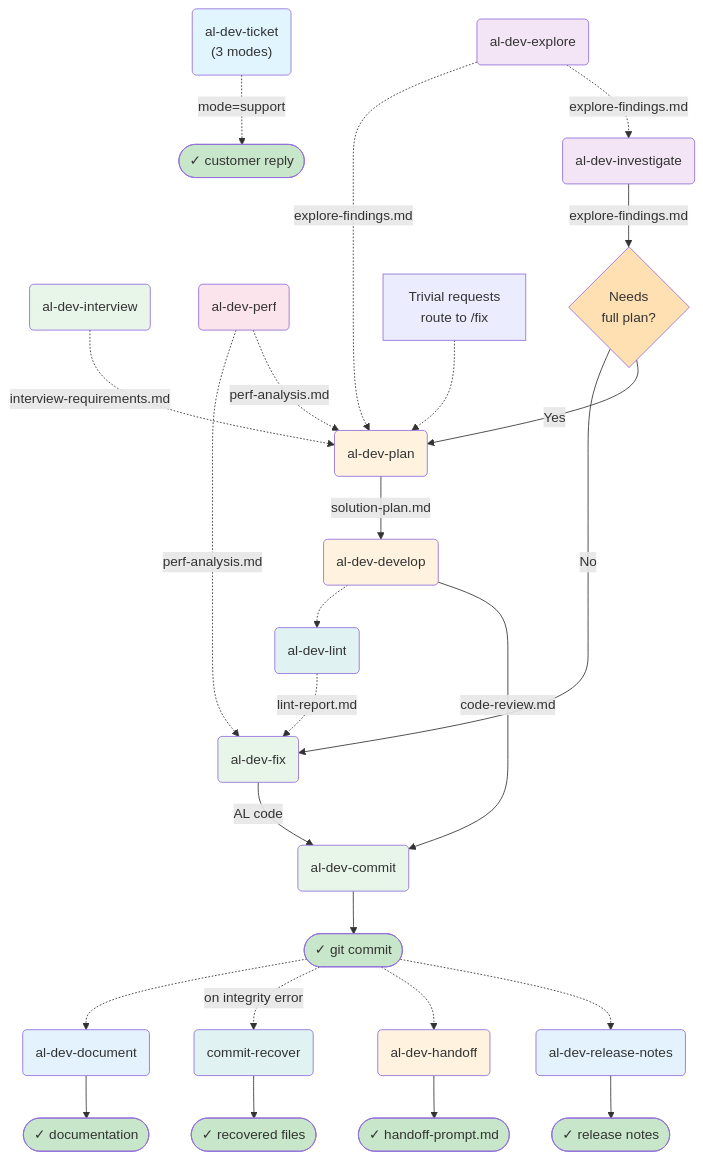
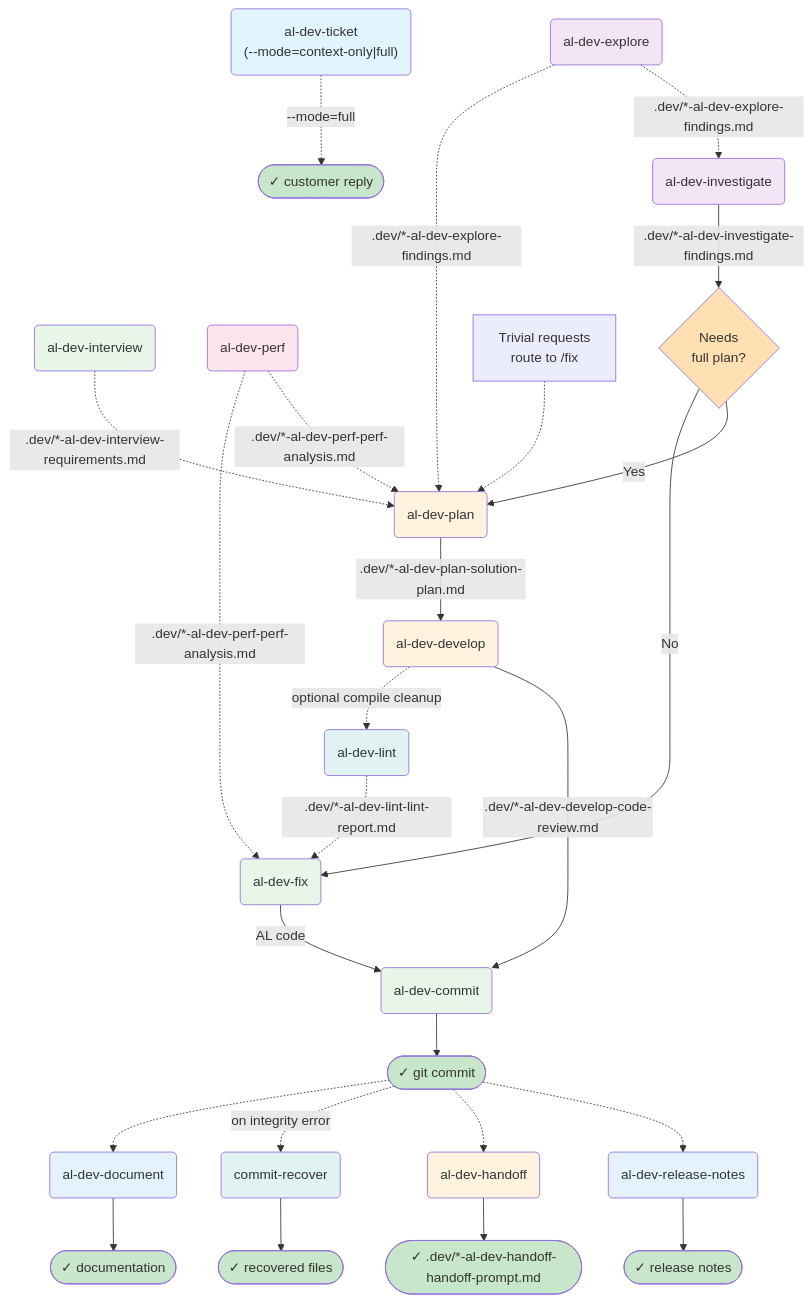
Before and after one commit to russell-laing/al-dev-shared: the first of 18 diagrams in docs/al-dev-plugin-map.md, drawn with Mermaid. The commit also changed other lines of this file, not shown here.

First line of the commit message:
docs: fix technical accuracy in al-dev-plugin-map diagrams and suggestions

````diff
--- a/docs/al-dev-plugin-map.md
+++ b/docs/al-dev-plugin-map.md
@@ -14,64 +14,64 @@
 ```mermaid
 flowchart TD
     %% Pre-planning tributaries (optional)
-    Explore("al-dev-explore") -.->|explore-findings.md| Investigate
-    Explore -.->|explore-findings.md| Plan
-    Interview("al-dev-interview") -.->|interview-requirements.md| Plan
-    Perf("al-dev-perf") -.->|perf-analysis.md| Plan
-    Perf -.->|perf-analysis.md| FixDirect
+    Explore("al-dev-explore") -.->|.dev/*-al-dev-explore-findings.md| Investigate
+    Explore -.->|.dev/*-al-dev-explore-findings.md| Plan
+    Interview("al-dev-interview") -.->|.dev/*-al-dev-interview-requirements.md| Plan
+    Perf("al-dev-perf") -.->|.dev/*-al-dev-perf-perf-analysis.md| Plan
+    Perf -.->|.dev/*-al-dev-perf-perf-analysis.md| FixDirect
 
     %% Entry points
-    Ticket("al-dev-ticket<br/>(3 modes)")
+    Ticket("al-dev-ticket<br/>(--mode=context-only|full)")
     Investigate("al-dev-investigate")
     FixDirect("al-dev-fix") -->|AL code| Commit("al-dev-commit")
 
     %% Investigation path branches
-    Investigate -->|explore-findings.md| Decision1{Needs<br/>full plan?}
+    Investigate -->|.dev/*-al-dev-investigate-findings.md| Decision1{Needs<br/>full plan?}
     Decision1 -->|Yes| Plan("al-dev-plan")
     Decision1 -->|No| FixDirect
 
     %% Main development spine
-    Plan -->|solution-plan.md| Develop("al-dev-develop")
-    Develop -->|code-review.md| Commit
+    Plan -->|.dev/*-al-dev-plan-solution-plan.md| Develop("al-dev-develop")
+    Develop -->|.dev/*-al-dev-develop-code-review.md| Commit
 
     %% Lint feedback loop
-    Develop -.-> Lint("al-dev-lint")
-    Lint -.->|lint-report.md| FixDirect
+    Develop -.->|optional compile cleanup| Lint("al-dev-lint")
+    Lint -.->|.dev/*-al-dev-lint-lint-report.md| FixDirect
 
     %% Complexity gate within plan
     Note["Trivial requests<br/>route to /fix"] -.-> Plan
 
     %% Outputs
     Commit --> Git(["✓ git commit"])
     Git -.-> ReleaseNotes("al-dev-release-notes")
     ReleaseNotes --> Notes(["✓ release notes"])
     Git -.-> Handoff("al-dev-handoff")
-    Handoff --> HandoffOut(["✓ handoff-prompt.md"])
+    Handoff --> HandoffOut(["✓ .dev/*-al-dev-handoff-handoff-prompt.md"])
     Git -.->|on integrity error| Recover("commit-recover")
     Recover --> RecoverOut(["✓ recovered files"])
     Git -.-> Document("al-dev-document")
     Document --> DocOut(["✓ documentation"])
-    Ticket -.->|mode=support| Reply(["✓ customer reply"])
+    Ticket -.->|--mode=full| Reply(["✓ customer reply"])
 
     style Ticket fill:#e1f5ff
     style Investigate fill:#f3e5f5
     style Explore fill:#f3e5f5
     style Interview fill:#e8f5e9
     style Plan fill:#fff3e0
     style Develop fill:#fff3e0
     style FixDirect fill:#e8f5e9
     style Commit fill:#e8f5e9
     style Git fill:#c8e6c9
     style Notes fill:#c8e6c9
     style Reply fill:#c8e6c9
     style ReleaseNotes fill:#e3f2fd
     style Perf fill:#fce4ec
     style Lint fill:#e0f2f1
     style Handoff fill:#fff3e0
     style HandoffOut fill:#c8e6c9
     style Recover fill:#e0f2f1
     style RecoverOut fill:#c8e6c9
     style Document fill:#e3f2fd
     style DocOut fill:#c8e6c9
     style Decision1 fill:#ffe0b2
 ```
````
